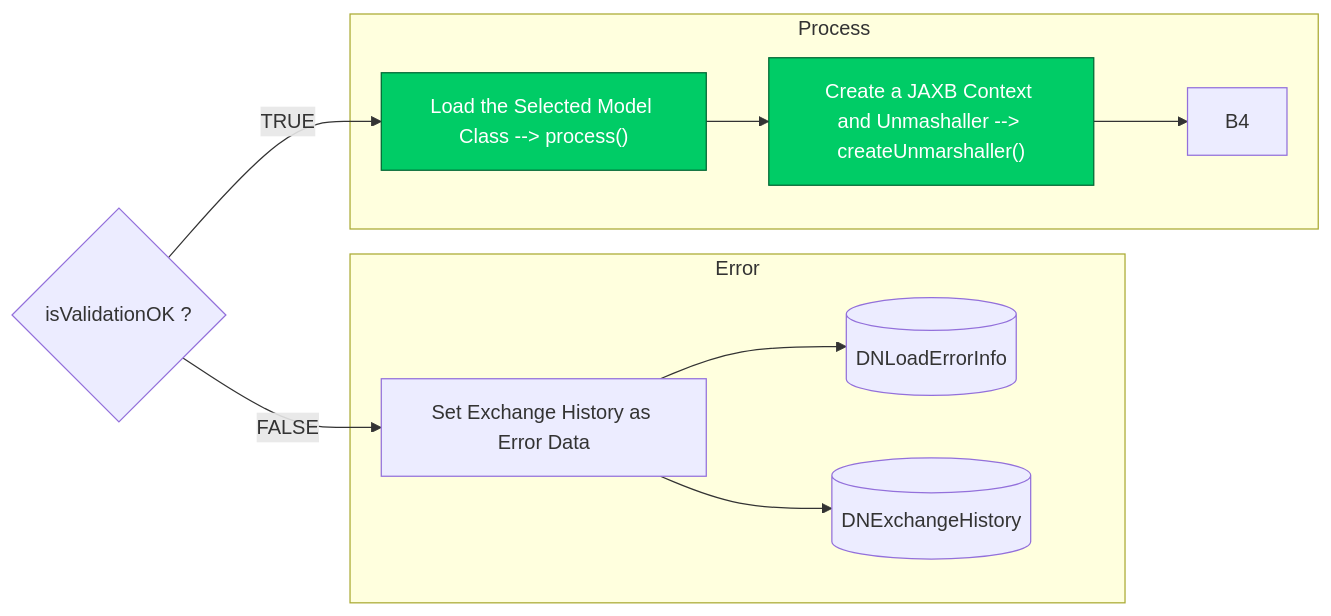
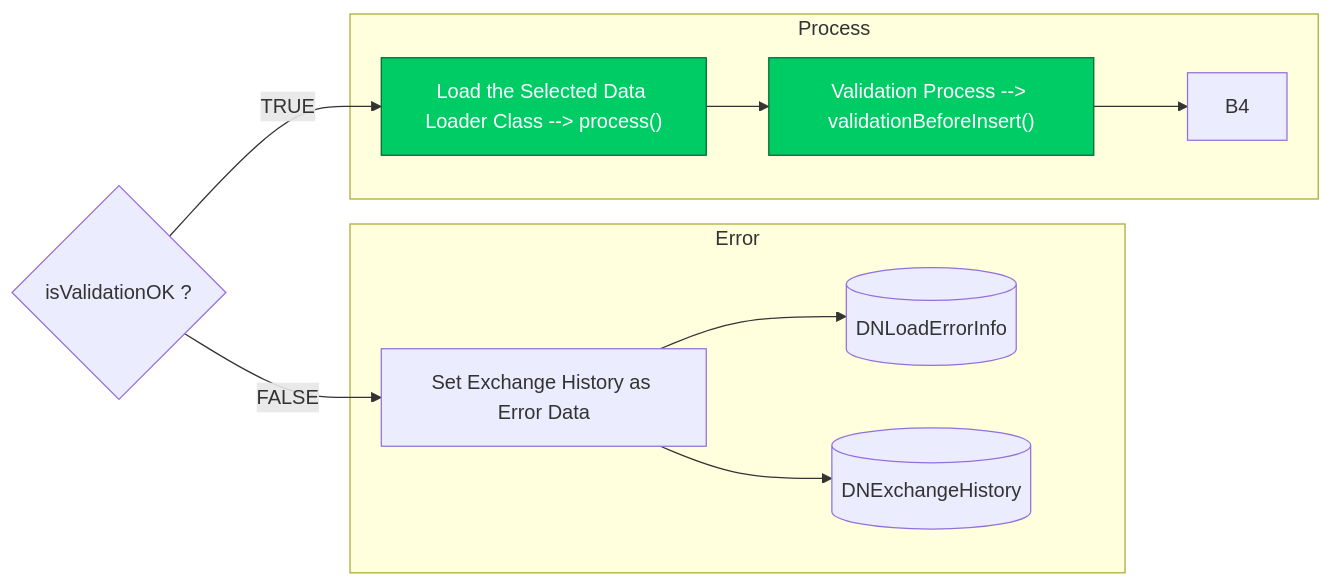
The ninth of 9 diagrams in Basic-Design/Host-Interfaces.md (luthfiadityaa/SimeDarby-Wiki), drawn with Mermaid before and after one commit.

Commit message:
Updated Host Interfaces

```diff
--- a/Basic-Design/Host-Interfaces.md
+++ b/Basic-Design/Host-Interfaces.md
@@ -712,25 +712,25 @@
 ::: mermaid
 flowchart LR
 Cond1{"isValidationOK ?"}
 Cond1 --> |TRUE| B2
 Cond1 --> |FALSE| C2
 
 subgraph Error
  C2 --> C3 
  C2 --> C4
  C4[(DNExchangeHistory)]
  C3[(DNLoadErrorInfo)]
  C2["Set Exchange History as Error Data"] 
 end
 
 subgraph Process
  B2 --> B3 --> B4 
- B2["Load the Selected Model Class --> process()"]
- B3["Create a JAXB Context and Unmashaller --> createUnmarshaller()"]
+ B2["Load the Selected Data Loader Class --> process()"]
+ B3["Validation Process --> validationBeforeInsert()"]
 end 
 
-click B2 "https://dev.azure.com/Daifuku-SW/ID_SimeDarbyPlantation/_wiki/wikis/ID_SimeDarbyPlantation.wiki/833/Host-Interfaces?anchor=stage-5"
+click B2 "https://dev.azure.com/Daifuku-SW/ID_SimeDarbyPlantation/_wiki/wikis/ID_SimeDarbyPlantation.wiki/833/Host-Interfaces?anchor=stage-3"
 click B3 "https://dev.azure.com/Daifuku-SW/ID_SimeDarbyPlantation/_wiki/wikis/ID_SimeDarbyPlantation.wiki/833/Host-Interfaces?anchor=stage-4"
 style B2 fill:#00cc66,stroke:#006633,color:#ffffff
 style B3 fill:#00cc66,stroke:#006633,color:#ffffff
 :::
```
